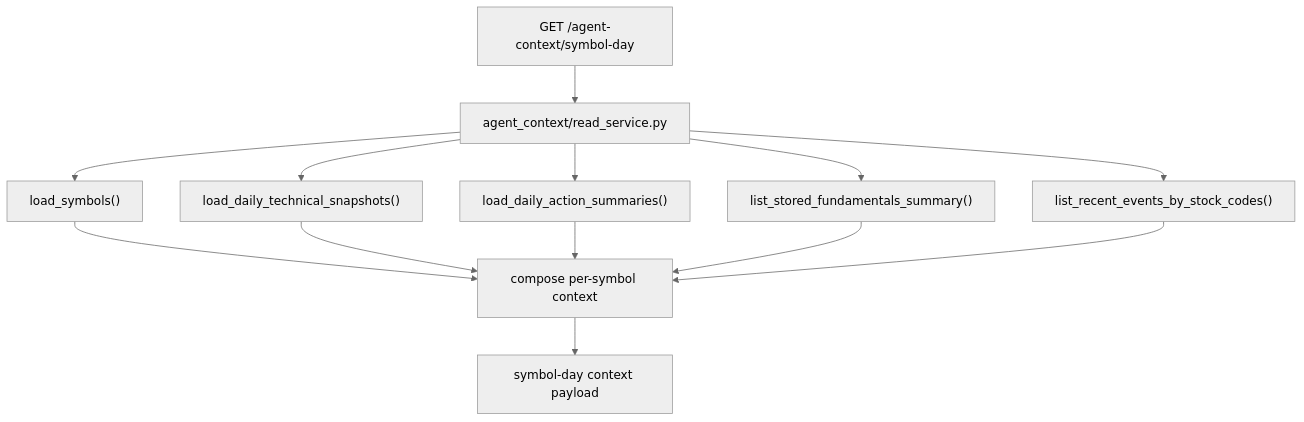
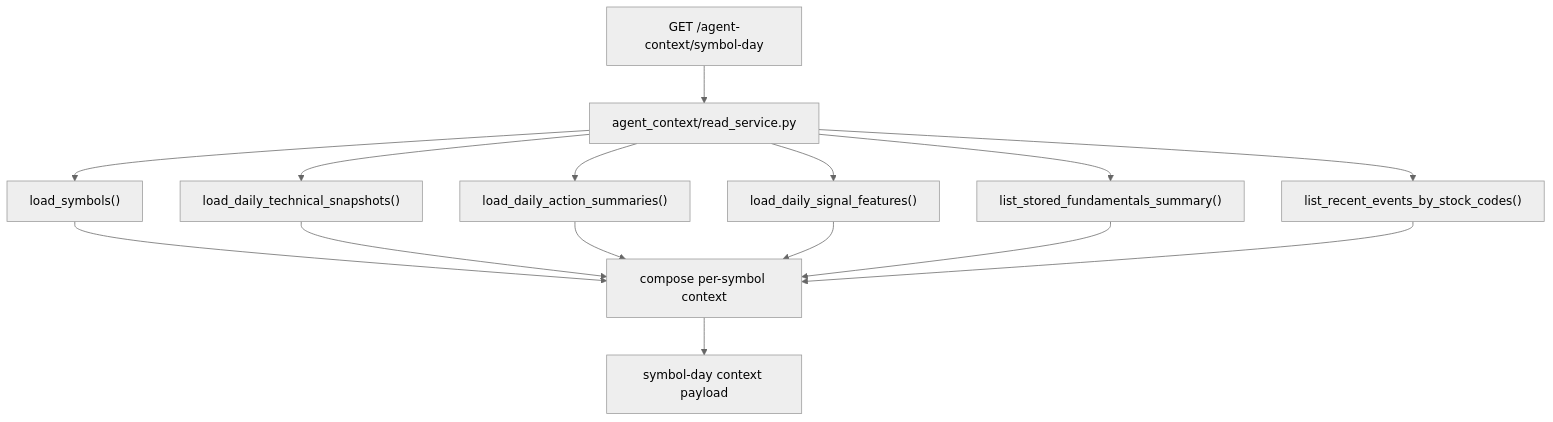
One commit to kiseyno-AI/kai-trading-core changed the fifth of 6 diagrams in docs/REPOSITORY_ARCHITECTURE.md. Above: the diagram before and after it, drawn with Mermaid (neutral theme). The commit also changed other lines of this file and 18 other files, not shown here.

Commit message:
Add daily KIS signal feature task

````diff
--- a/docs/REPOSITORY_ARCHITECTURE.md
+++ b/docs/REPOSITORY_ARCHITECTURE.md
@@ -423,15 +424,17 @@
 ```mermaid
 flowchart TD
     Request["GET /agent-context/symbol-day"] --> ReadService["agent_context/read_service.py"]
     ReadService --> Symbols["load_symbols()"]
     ReadService --> Tech["load_daily_technical_snapshots()"]
     ReadService --> Actions["load_daily_action_summaries()"]
+    ReadService --> Signals["load_daily_signal_features()"]
     ReadService --> Fundamentals["list_stored_fundamentals_summary()"]
     ReadService --> Disclosures["list_recent_events_by_stock_codes()"]
     Symbols --> Compose["compose per-symbol context"]
     Tech --> Compose
     Actions --> Compose
+    Signals --> Compose
     Fundamentals --> Compose
     Disclosures --> Compose
     Compose --> Response["symbol-day context payload"]
 ```
````
